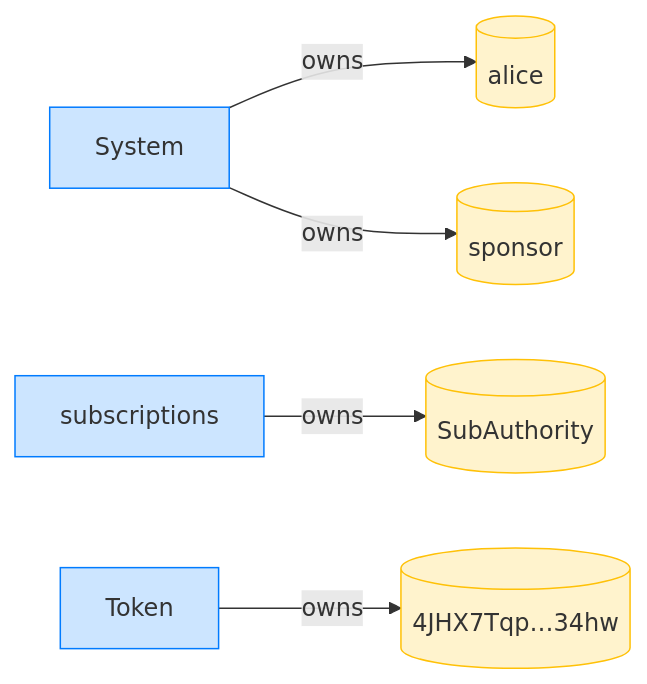
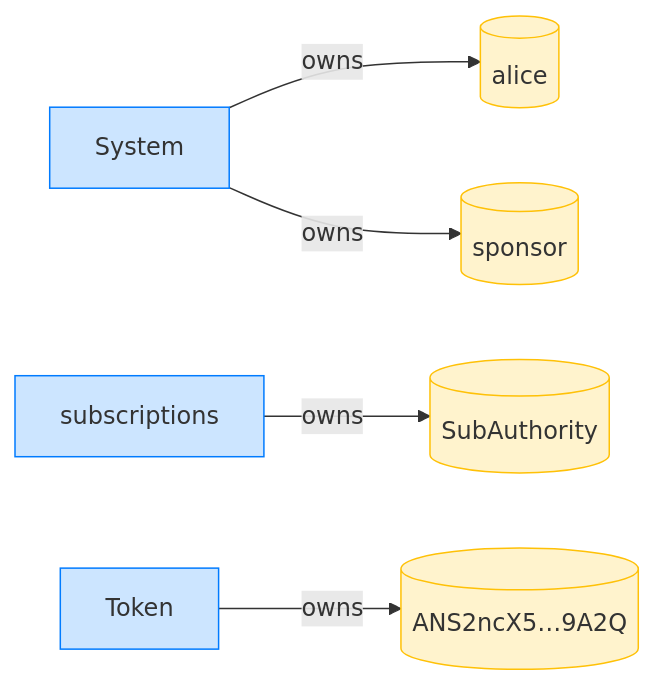
The fourth of 4 diagrams in dsl_tests/close-without-a-receiver-fails-when-a-sponsor-funded.md (cds-rs/subscriptions), drawn with Mermaid before and after one commit. The commit also changed other lines of this file and 224 other files, not shown here.

````diff
--- a/dsl_tests/close-without-a-receiver-fails-when-a-sponsor-funded.md
+++ b/dsl_tests/close-without-a-receiver-fails-when-a-sponsor-funded.md
@@ -74,16 +79,16 @@
 ```mermaid
 flowchart LR
     classDef owner fill:#cce5ff,stroke:#007bff;
     classDef account fill:#fff3cd,stroke:#ffc107;
     System[System]:::owner
     alice[(alice)]:::account
     subscriptions[subscriptions]:::owner
     SubAuthority[(SubAuthority)]:::account
     Token[Token]:::owner
-    4JHX7Tqp_34hw[("4JHX7Tqp…34hw")]:::account
+    ANS2ncX5_9A2Q[("ANS2ncX5…9A2Q")]:::account
     sponsor[(sponsor)]:::account
     System -->|owns| alice
     subscriptions -->|owns| SubAuthority
-    Token -->|owns| 4JHX7Tqp_34hw
+    Token -->|owns| ANS2ncX5_9A2Q
     System -->|owns| sponsor
 ```
````
